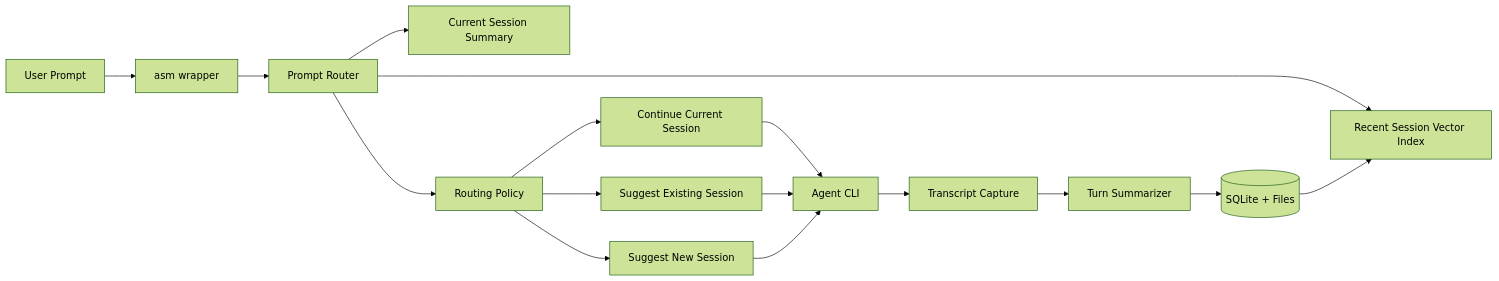
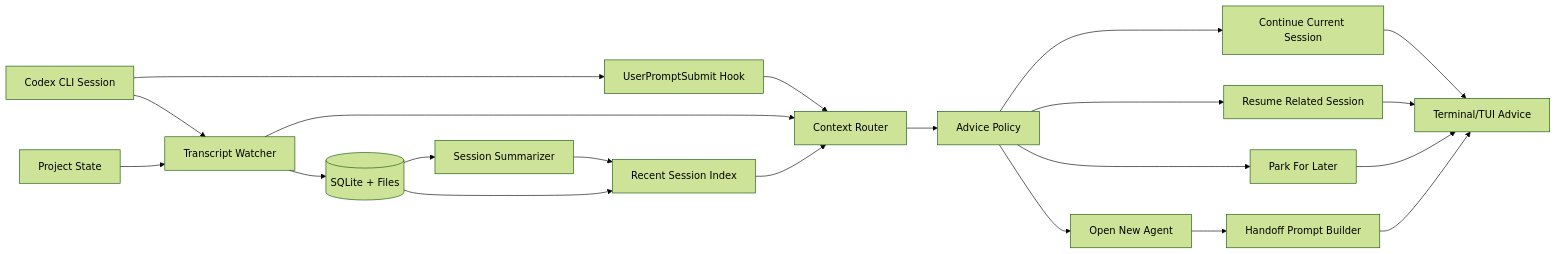
One commit to amir-h-rassafi/threadwise changed the first of 4 diagrams in docs/architecture.md. Above: the diagram before and after it, drawn with Mermaid (forest theme). The commit also changed other lines of this file and 1 other file, not shown here.

````diff
--- a/docs/architecture.md
+++ b/docs/architecture.md
@@ -26,18 +58,23 @@
 ```mermaid
 flowchart LR
-    User[User Prompt] --> CLI[asm wrapper]
-    CLI --> Router[Prompt Router]
-    Router --> Current[Current Session Summary]
-    Router --> Index[Recent Session Vector Index]
-    Router --> Policy[Routing Policy]
+    Codex[Codex CLI Session] --> Hook[UserPromptSubmit Hook]
+    Codex --> Watcher[Transcript Watcher]
+    Repo[Project State] --> Watcher
+    Hook --> Router[Context Router]
+    Watcher --> Store[(SQLite + Files)]
+    Store --> Summarizer[Session Summarizer]
+    Summarizer --> Index[Recent Session Index]
+    Watcher --> Router[Context Router]
+    Index --> Router
+    Router --> Policy[Advice Policy]
     Policy --> Continue[Continue Current Session]
-    Policy --> Existing[Suggest Existing Session]
-    Policy --> New[Suggest New Session]
-    Continue --> Agent[Agent CLI]
-    Existing --> Agent
-    New --> Agent
-    Agent --> Capture[Transcript Capture]
-    Capture --> Summarizer[Turn Summarizer]
-    Summarizer --> Store[(SQLite + Files)]
+    Policy --> Resume[Resume Related Session]
+    Policy --> Split[Open New Agent]
+    Policy --> Park[Park For Later]
+    Continue --> UI[Terminal/TUI Advice]
+    Resume --> UI
+    Split --> Handoff[Handoff Prompt Builder]
+    Park --> UI
+    Handoff --> UI
     Store --> Index
 ```
````
